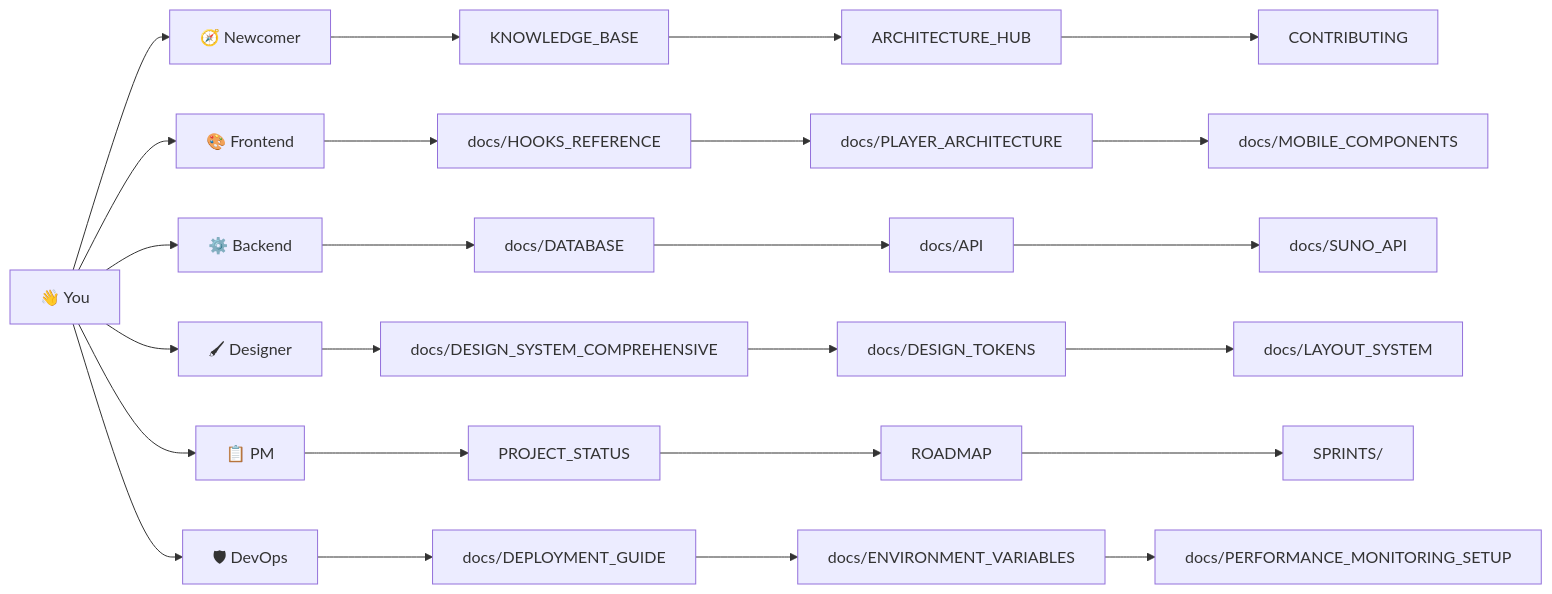
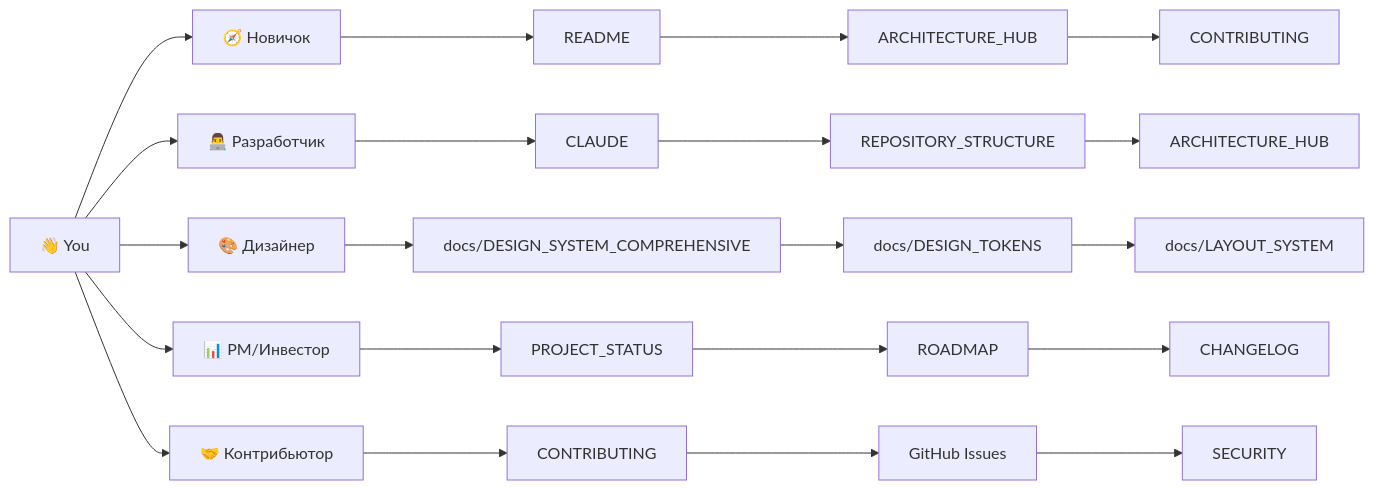
Before and after one commit to HOW2AI-AGENCY/aimusicverse: the first of 2 diagrams in DOCUMENTATION_INDEX.md, drawn with Mermaid. The commit also changed other lines of this file and 2 other files, not shown here.

````diff
--- a/DOCUMENTATION_INDEX.md
+++ b/DOCUMENTATION_INDEX.md
@@ -31,34 +31,29 @@
 ```mermaid
 flowchart LR
     Start[👋 You]
-    Start --> Newcomer[🧭 Newcomer]
-    Start --> Frontend[🎨 Frontend]
-    Start --> Backend[⚙️ Backend]
-    Start --> Design[🖌 Designer]
-    Start --> PM[📋 PM]
-    Start --> DevOps[🛡 DevOps]
+    Start --> Newcomer[🧭 Новичок]
+    Start --> Developer[👨‍💻 Разработчик]
+    Start --> Designer[🎨 Дизайнер]
+    Start --> PM[📊 PM/Инвестор]
+    Start --> Contributor[🤝 Контрибьютор]
 
-    Newcomer --> KB[KNOWLEDGE_BASE]
-    KB --> Arch[ARCHITECTURE_HUB]
+    Newcomer --> Readme[README]
+    Readme --> Arch[ARCHITECTURE_HUB]
     Arch --> Contrib[CONTRIBUTING]
 
-    Frontend --> Hooks[docs/HOOKS_REFERENCE]
-    Hooks --> Player[docs/PLAYER_ARCHITECTURE]
-    Player --> Mobile[docs/MOBILE_COMPONENTS]
+    Developer --> Claude[CLAUDE]
+    Claude --> RepoStruct[REPOSITORY_STRUCTURE]
+    RepoStruct --> Arch2[ARCHITECTURE_HUB]
 
-    Backend --> DB[docs/DATABASE]
-    DB --> Edge[docs/API]
-    Edge --> Suno[docs/SUNO_API]
-
-    Design --> DS[docs/DESIGN_SYSTEM_COMPREHENSIVE]
+    Designer --> DS[docs/DESIGN_SYSTEM_COMPREHENSIVE]
     DS --> Tokens[docs/DESIGN_TOKENS]
     Tokens --> Layout[docs/LAYOUT_SYSTEM]
 
     PM --> Status[PROJECT_STATUS]
     Status --> Road[ROADMAP]
-    Road --> Sprints[SPRINTS/]
+    Road --> Change[CHANGELOG]
 
-    DevOps --> Deploy[docs/DEPLOYMENT_GUIDE]
-    Deploy --> Env[docs/ENVIRONMENT_VARIABLES]
-    Env --> Monit[docs/PERFORMANCE_MONITORING_SETUP]
+    Contributor --> Contrib2[CONTRIBUTING]
+    Contrib2 --> Issues[GitHub Issues]
+    Issues --> Security[SECURITY]
 ```
````
